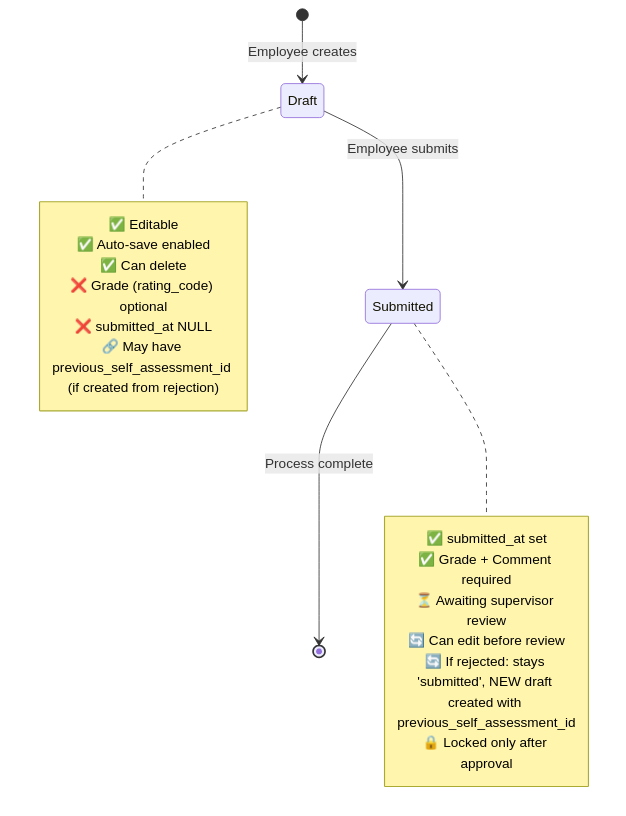
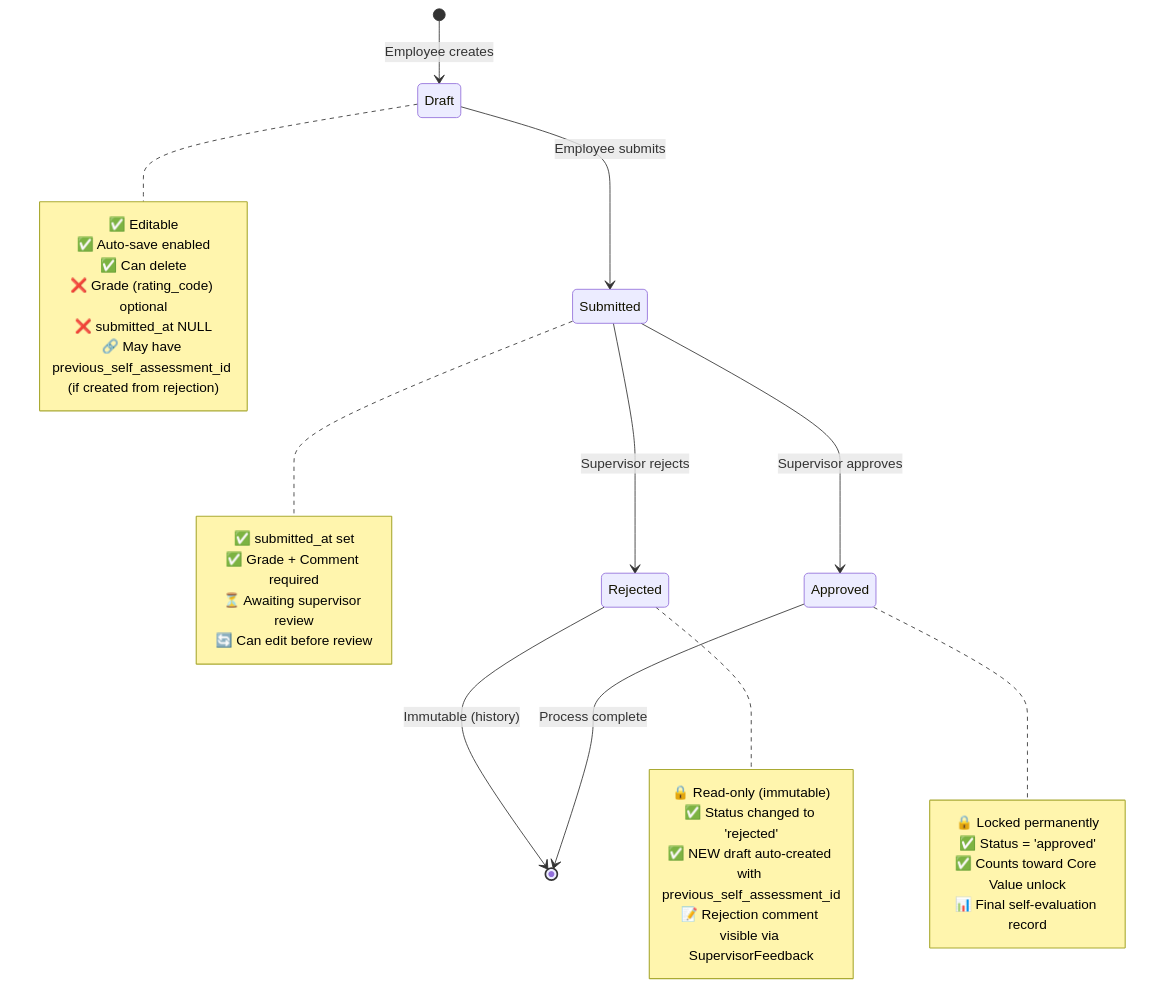
The second of 3 diagrams in .kiro/specs/self-assessment/domain-model.md (shintairiku/evaluation-system), drawn with Mermaid before and after one commit. The commit also changed other lines of this file, not shown here.

Commit message:
docs: update self-assessment lifecycle and rejection flow

````diff
--- a/.kiro/specs/self-assessment/domain-model.md
+++ b/.kiro/specs/self-assessment/domain-model.md
@@ -437,24 +451,39 @@
 ```mermaid
 stateDiagram-v2
     [*] --> Draft: Employee creates
     Draft --> Submitted: Employee submits
-    Submitted --> [*]: Process complete
+    Submitted --> Rejected: Supervisor rejects
+    Submitted --> Approved: Supervisor approves
+    Rejected --> [*]: Immutable (history)
+    Approved --> [*]: Process complete
 
     note right of Draft
         ✅ Editable
         ✅ Auto-save enabled
         ✅ Can delete
         ❌ Grade (rating_code) optional
         ❌ submitted_at NULL
         🔗 May have previous_self_assessment_id (if created from rejection)
     end note
 
     note right of Submitted
         ✅ submitted_at set
         ✅ Grade + Comment required
         ⏳ Awaiting supervisor review
         🔄 Can edit before review
-        🔄 If rejected: stays 'submitted', NEW draft created with previous_self_assessment_id
-        🔒 Locked only after approval
+    end note
+
+    note right of Rejected
+        🔒 Read-only (immutable)
+        ✅ Status changed to 'rejected'
+        ✅ NEW draft auto-created with previous_self_assessment_id
+        📝 Rejection comment visible via SupervisorFeedback
+    end note
+
+    note right of Approved
+        🔒 Locked permanently
+        ✅ Status = 'approved'
+        ✅ Counts toward Core Value unlock
+        📊 Final self-evaluation record
     end note
 ```
````
